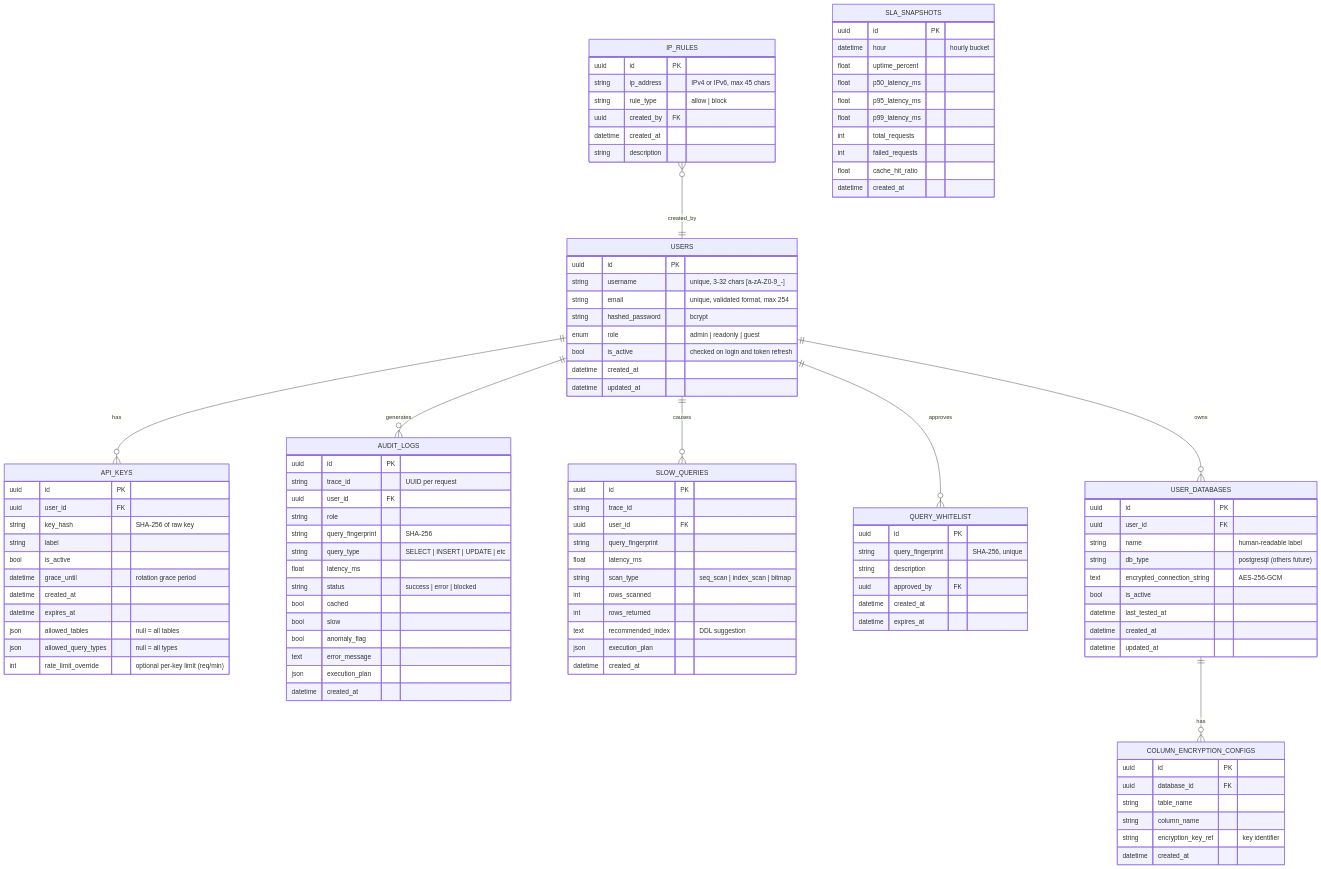
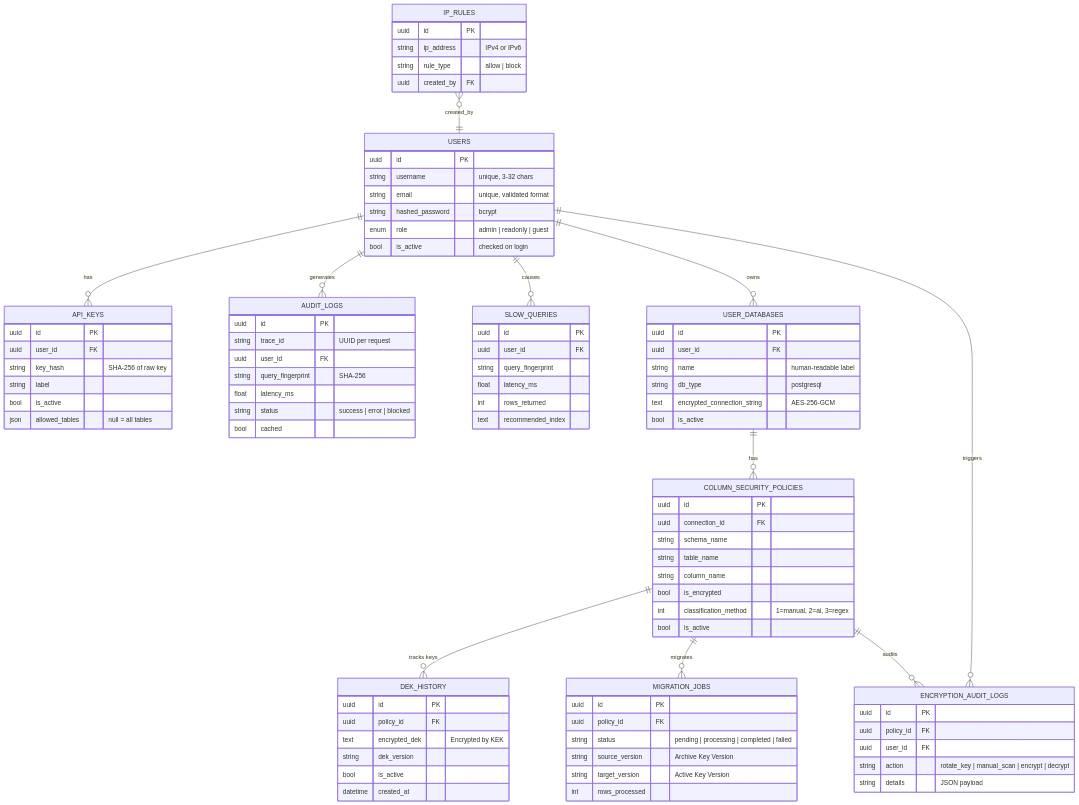
One commit to mmaroof487/SIQG changed the diagram in docs/diagram/datamodels.md. Above: the diagram before and after it, drawn with Mermaid. The commit also changed other lines of this file and 3 other files, not shown here.

Commit message:
docs: restructure README and expand API, Encryption and ER models

````diff
--- a/docs/diagram/datamodels.md
+++ b/docs/diagram/datamodels.md
@@ -16,13 +16,11 @@
 erDiagram
     USERS {
         uuid id PK
-        string username "unique, 3-32 chars [a-zA-Z0-9_-]"
-        string email "unique, validated format, max 254"
+        string username "unique, 3-32 chars"
+        string email "unique, validated format"
         string hashed_password "bcrypt"
         enum role "admin | readonly | guest"
-        bool is_active "checked on login and token refresh"
-        datetime created_at
-        datetime updated_at
+        bool is_active "checked on login"
     }
 
     API_KEYS {
@@ -31,102 +29,90 @@
         string key_hash "SHA-256 of raw key"
         string label
         bool is_active
-        datetime grace_until "rotation grace period"
-        datetime created_at
-        datetime expires_at
         json allowed_tables "null = all tables"
-        json allowed_query_types "null = all types"
-        int rate_limit_override "optional per-key limit (req/min)"
     }
 
     IP_RULES {
         uuid id PK
-        string ip_address "IPv4 or IPv6, max 45 chars"
+        string ip_address "IPv4 or IPv6"
         string rule_type "allow | block"
         uuid created_by FK
-        datetime created_at
-        string description
     }
 
     AUDIT_LOGS {
         uuid id PK
         string trace_id "UUID per request"
         uuid user_id FK
-        string role
         string query_fingerprint "SHA-256"
-        string query_type "SELECT | INSERT | UPDATE | etc"
         float latency_ms
         string status "success | error | blocked"
         bool cached
-        bool slow
-        bool anomaly_flag
-        text error_message
-        json execution_plan
-        datetime created_at
     }
 
     SLOW_QUERIES {
         uuid id PK
-        string trace_id
         uuid user_id FK
         string query_fingerprint
         float latency_ms
-        string scan_type "seq_scan | index_scan | bitmap"
-        int rows_scanned
         int rows_returned
-        text recommended_index "DDL suggestion"
-        json execution_plan
-        datetime created_at
-    }
-
-    SLA_SNAPSHOTS {
-        uuid id PK
-        datetime hour "hourly bucket"
-        float uptime_percent
-        float p50_latency_ms
-        float p95_latency_ms
-        float p99_latency_ms
-        int total_requests
-        int failed_requests
-        float cache_hit_ratio
-        datetime created_at
-    }
-
-    QUERY_WHITELIST {
-        uuid id PK
-        string query_fingerprint "SHA-256, unique"
-        string description
-        uuid approved_by FK
-        datetime created_at
-        datetime expires_at
+        text recommended_index
     }
 
     USER_DATABASES {
         uuid id PK
         uuid user_id FK
         string name "human-readable label"
-        string db_type "postgresql (others future)"
+        string db_type "postgresql"
         text encrypted_connection_string "AES-256-GCM"
         bool is_active
-        datetime last_tested_at
-        datetime created_at
-        datetime updated_at
     }
 
-    COLUMN_ENCRYPTION_CONFIGS {
+    COLUMN_SECURITY_POLICIES {
         uuid id PK
-        uuid database_id FK
+        uuid connection_id FK
+        string schema_name
         string table_name
         string column_name
-        string encryption_key_ref "key identifier"
+        bool is_encrypted
+        int classification_method "1=manual, 2=ai, 3=regex"
+        bool is_active
+    }
+
+    DEK_HISTORY {
+        uuid id PK
+        uuid policy_id FK
+        text encrypted_dek "Encrypted by KEK"
+        string dek_version
+        bool is_active
         datetime created_at
+    }
+
+    MIGRATION_JOBS {
+        uuid id PK
+        uuid policy_id FK
+        string status "pending | processing | completed | failed"
+        string source_version "Archive Key Version"
+        string target_version "Active Key Version"
+        int rows_processed
+    }
+
+    ENCRYPTION_AUDIT_LOGS {
+        uuid id PK
+        uuid policy_id FK
+        uuid user_id FK
+        string action "rotate_key | manual_scan | encrypt | decrypt"
+        string details "JSON payload"
     }
 
     USERS ||--o{ API_KEYS : "has"
     USERS ||--o{ AUDIT_LOGS : "generates"
     USERS ||--o{ SLOW_QUERIES : "causes"
     USERS ||--o{ USER_DATABASES : "owns"
-    USERS ||--o{ QUERY_WHITELIST : "approves"
     IP_RULES }o--|| USERS : "created_by"
-    USER_DATABASES ||--o{ COLUMN_ENCRYPTION_CONFIGS : "has"
+    
+    USER_DATABASES ||--o{ COLUMN_SECURITY_POLICIES : "has"
+    COLUMN_SECURITY_POLICIES ||--o{ DEK_HISTORY : "tracks keys"
+    COLUMN_SECURITY_POLICIES ||--o{ MIGRATION_JOBS : "migrates"
+    COLUMN_SECURITY_POLICIES ||--o{ ENCRYPTION_AUDIT_LOGS : "audits"
+    USERS ||--o{ ENCRYPTION_AUDIT_LOGS : "triggers"
 ```
````
